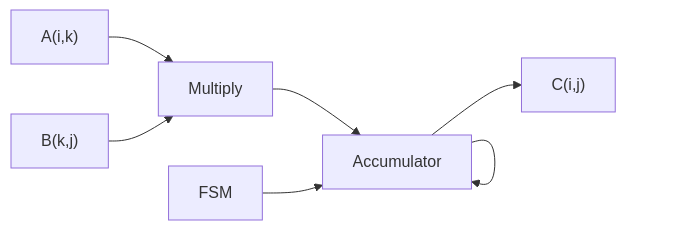
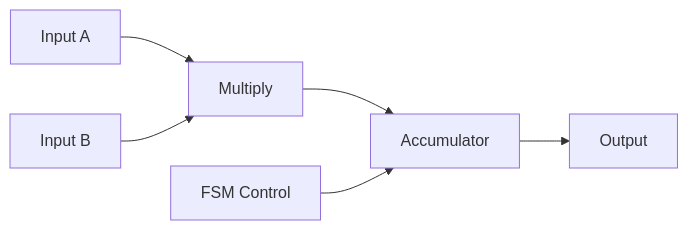
One commit to siddhaantxsingh/Comparative-Analysis-Of-Different-Kind-of-Matrix-Multipliers-Using-Verilog changed the first of 3 diagrams in README.md. Above: the diagram before and after it, drawn with Mermaid. The commit also changed other lines of this file, not shown here.

````diff
--- a/README.md
+++ b/README.md
@@ -43,9 +40,8 @@
 ```mermaid
 flowchart LR
-    A["A(i,k)"] --> M["Multiply"]
-    B["B(k,j)"] --> M
+    A["Input A"] --> M["Multiply"]
+    B["Input B"] --> M
     M --> ACC["Accumulator"]
-    ACC --> ACC
-    FSM["FSM"] --> ACC
-    ACC --> OUT["C(i,j)"]
+    ACC --> OUT["Output"]
+    FSM["FSM Control"] --> ACC
 ```
````
